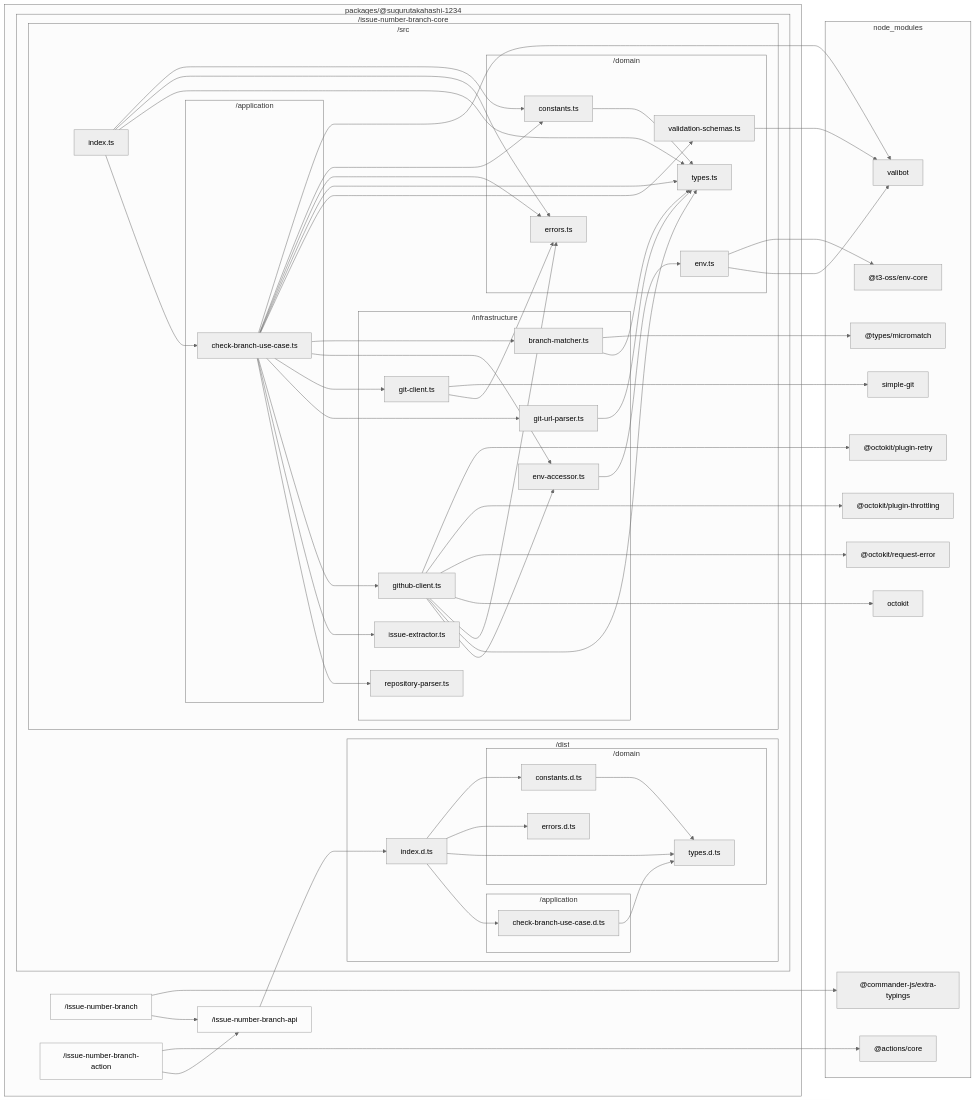
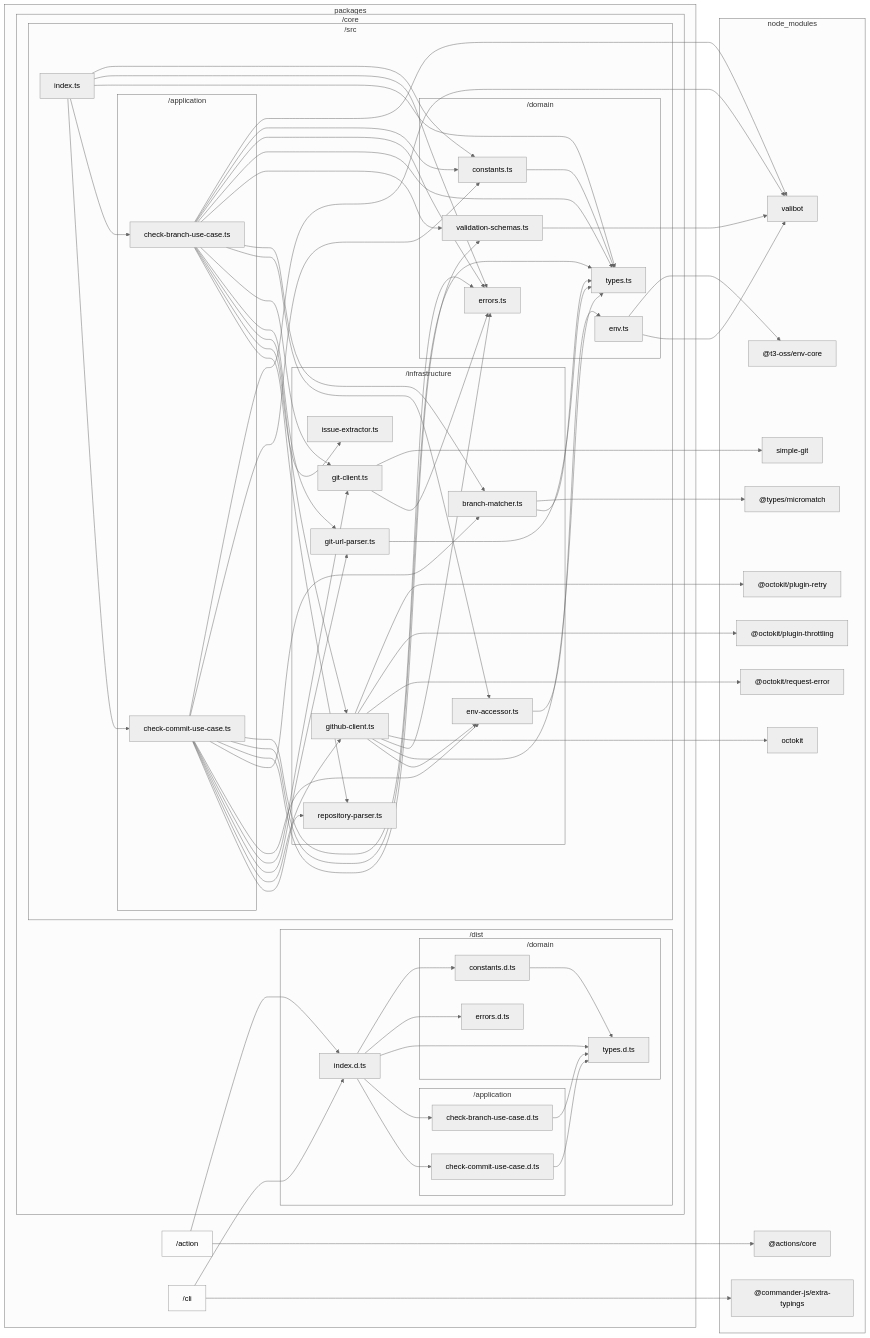
The diagram in docs/reports/dependencies/core-detail.md (sugurutakahashi-1234/issue-linker), drawn with Mermaid (neutral theme) before and after one commit. The commit also changed other lines of this file and 60 other files, not shown here.

````diff
--- a/docs/reports/dependencies/core-detail.md
+++ b/docs/reports/dependencies/core-detail.md
@@ -7,49 +7,50 @@
 ```mermaid
 flowchart LR
     classDef dir fill:#0000,stroke:#999
-    subgraph packages///sugurutakahashi//1234["packages/@sugurutakahashi-1234"]
-        packages///sugurutakahashi//1234/issue//number//branch//api["/issue-number-branch-api"]:::dir
-        packages///sugurutakahashi//1234/issue//number//branch["/issue-number-branch"]:::dir
-        packages///sugurutakahashi//1234/issue//number//branch//action["/issue-number-branch-action"]:::dir
-        subgraph packages///sugurutakahashi//1234/issue//number//branch//core["/issue-number-branch-core"]
-            subgraph packages///sugurutakahashi//1234/issue//number//branch//core/dist["/dist"]
-                packages///sugurutakahashi//1234/issue//number//branch//core/dist/index.d.ts["index.d.ts"]
-                subgraph packages///sugurutakahashi//1234/issue//number//branch//core/dist/domain["/domain"]
-                    packages///sugurutakahashi//1234/issue//number//branch//core/dist/domain/types.d.ts["types.d.ts"]
-                    packages///sugurutakahashi//1234/issue//number//branch//core/dist/domain/constants.d.ts["constants.d.ts"]
-                    packages///sugurutakahashi//1234/issue//number//branch//core/dist/domain/errors.d.ts["errors.d.ts"]
+    subgraph packages["packages"]
+        packages/action["/action"]:::dir
+        packages/cli["/cli"]:::dir
+        subgraph packages/core["/core"]
+            subgraph packages/core/dist["/dist"]
+                packages/core/dist/index.d.ts["index.d.ts"]
+                subgraph packages/core/dist/domain["/domain"]
+                    packages/core/dist/domain/types.d.ts["types.d.ts"]
+                    packages/core/dist/domain/constants.d.ts["constants.d.ts"]
+                    packages/core/dist/domain/errors.d.ts["errors.d.ts"]
                 end
-                subgraph packages///sugurutakahashi//1234/issue//number//branch//core/dist/application["/application"]
-                    packages///sugurutakahashi//1234/issue//number//branch//core/dist/application/check//branch//use//case.d.ts["check-branch-use-case.d.ts"]
+                subgraph packages/core/dist/application["/application"]
+                    packages/core/dist/application/check//branch//use//case.d.ts["check-branch-use-case.d.ts"]
+                    packages/core/dist/application/check//commit//use//case.d.ts["check-commit-use-case.d.ts"]
                 end
             end
-            subgraph packages///sugurutakahashi//1234/issue//number//branch//core/src["/src"]
-                packages///sugurutakahashi//1234/issue//number//branch//core/src/index.ts["index.ts"]
-                subgraph packages///sugurutakahashi//1234/issue//number//branch//core/src/domain["/domain"]
-                    packages///sugurutakahashi//1234/issue//number//branch//core/src/domain/types.ts["types.ts"]
-                    packages///sugurutakahashi//1234/issue//number//branch//core/src/domain/constants.ts["constants.ts"]
-                    packages///sugurutakahashi//1234/issue//number//branch//core/src/domain/errors.ts["errors.ts"]
-                    packages///sugurutakahashi//1234/issue//number//branch//core/src/domain/validation//schemas.ts["validation-schemas.ts"]
-                    packages///sugurutakahashi//1234/issue//number//branch//core/src/domain/env.ts["env.ts"]
+            subgraph packages/core/src["/src"]
+                packages/core/src/index.ts["index.ts"]
+                subgraph packages/core/src/domain["/domain"]
+                    packages/core/src/domain/types.ts["types.ts"]
+                    packages/core/src/domain/constants.ts["constants.ts"]
+                    packages/core/src/domain/errors.ts["errors.ts"]
+                    packages/core/src/domain/validation//schemas.ts["validation-schemas.ts"]
+                    packages/core/src/domain/env.ts["env.ts"]
                 end
-                subgraph packages///sugurutakahashi//1234/issue//number//branch//core/src/infrastructure["/infrastructure"]
-                    packages///sugurutakahashi//1234/issue//number//branch//core/src/infrastructure/branch//matcher.ts["branch-matcher.ts"]
-                    packages///sugurutakahashi//1234/issue//number//branch//core/src/infrastructure/env//accessor.ts["env-accessor.ts"]
-                    packages///sugurutakahashi//1234/issue//number//branch//core/src/infrastructure/git//client.ts["git-client.ts"]
-                    packages///sugurutakahashi//1234/issue//number//branch//core/src/infrastructure/git//url//parser.ts["git-url-parser.ts"]
-                    packages///sugurutakahashi//1234/issue//number//branch//core/src/infrastructure/github//client.ts["github-client.ts"]
-                    packages///sugurutakahashi//1234/issue//number//branch//core/src/infrastructure/issue//extractor.ts["issue-extractor.ts"]
-                    packages///sugurutakahashi//1234/issue//number//branch//core/src/infrastructure/repository//parser.ts["repository-parser.ts"]
+                subgraph packages/core/src/infrastructure["/infrastructure"]
+                    packages/core/src/infrastructure/branch//matcher.ts["branch-matcher.ts"]
+                    packages/core/src/infrastructure/env//accessor.ts["env-accessor.ts"]
+                    packages/core/src/infrastructure/git//client.ts["git-client.ts"]
+                    packages/core/src/infrastructure/git//url//parser.ts["git-url-parser.ts"]
+                    packages/core/src/infrastructure/github//client.ts["github-client.ts"]
+                    packages/core/src/infrastructure/issue//extractor.ts["issue-extractor.ts"]
+                    packages/core/src/infrastructure/repository//parser.ts["repository-parser.ts"]
                 end
-                subgraph packages///sugurutakahashi//1234/issue//number//branch//core/src/application["/application"]
-                    packages///sugurutakahashi//1234/issue//number//branch//core/src/application/check//branch//use//case.ts["check-branch-use-case.ts"]
+                subgraph packages/core/src/application["/application"]
+                    packages/core/src/application/check//branch//use//case.ts["check-branch-use-case.ts"]
+                    packages/core/src/application/check//commit//use//case.ts["check-commit-use-case.ts"]
                 end
             end
         end
     end
     subgraph node//modules["node_modules"]
+        node//modules///actions/core/lib/core.d.ts["@actions/core"]
         node//modules///commander//js/extra//typings/index.d.ts["@commander-js/extra-typings"]
-        node//modules///actions/core/lib/core.d.ts["@actions/core"]
         node//modules/valibot/dist/index.d.cts["valibot"]
         node//modules///types/micromatch/index.d.ts["@types/micromatch"]
         node//modules///t3//oss/env//core/dist/index.d.ts["@t3-oss/env-core"]
@@ -59,48 +60,61 @@
         node//modules///octokit/request//error/dist//types/index.d.ts["@octokit/request-error"]
         node//modules/octokit/dist//types/index.d.ts["octokit"]
     end
-    packages///sugurutakahashi//1234/issue//number//branch//core/dist/domain/constants.d.ts-->packages///sugurutakahashi//1234/issue//number//branch//core/dist/domain/types.d.ts
-    packages///sugurutakahashi//1234/issue//number//branch//core/dist/application/check//branch//use//case.d.ts-->packages///sugurutakahashi//1234/issue//number//branch//core/dist/domain/types.d.ts
-    packages///sugurutakahashi//1234/issue//number//branch//core/dist/index.d.ts-->packages///sugurutakahashi//1234/issue//number//branch//core/dist/domain/constants.d.ts
-    packages///sugurutakahashi//1234/issue//number//branch//core/dist/index.d.ts-->packages///sugurutakahashi//1234/issue//number//branch//core/dist/domain/errors.d.ts
-    packages///sugurutakahashi//1234/issue//number//branch//core/dist/index.d.ts-->packages///sugurutakahashi//1234/issue//number//branch//core/dist/domain/types.d.ts
-    packages///sugurutakahashi//1234/issue//number//branch//core/dist/index.d.ts-->packages///sugurutakahashi//1234/issue//number//branch//core/dist/application/check//branch//use//case.d.ts
-    packages///sugurutakahashi//1234/issue//number//branch//api-->packages///sugurutakahashi//1234/issue//number//branch//core/dist/index.d.ts
-    packages///sugurutakahashi//1234/issue//number//branch-->node//modules///commander//js/extra//typings/index.d.ts
-    packages///sugurutakahashi//1234/issue//number//branch-->packages///sugurutakahashi//1234/issue//number//branch//api
-    packages///sugurutakahashi//1234/issue//number//branch//action-->node//modules///actions/core/lib/core.d.ts
-    packages///sugurutakahashi//1234/issue//number//branch//action-->packages///sugurutakahashi//1234/issue//number//branch//api
-    packages///sugurutakahashi//1234/issue//number//branch//core/src/domain/constants.ts-->packages///sugurutakahashi//1234/issue//number//branch//core/src/domain/types.ts
-    packages///sugurutakahashi//1234/issue//number//branch//core/src/domain/validation//schemas.ts-->node//modules/valibot/dist/index.d.cts
-    packages///sugurutakahashi//1234/issue//number//branch//core/src/infrastructure/branch//matcher.ts-->node//modules///types/micromatch/index.d.ts
-    packages///sugurutakahashi//1234/issue//number//branch//core/src/infrastructure/branch//matcher.ts-->packages///sugurutakahashi//1234/issue//number//branch//core/src/domain/types.ts
-    packages///sugurutakahashi//1234/issue//number//branch//core/src/domain/env.ts-->node//modules///t3//oss/env//core/dist/index.d.ts
-    packages///sugurutakahashi//1234/issue//number//branch//core/src/domain/env.ts-->node//modules/valibot/dist/index.d.cts
-    packages///sugurutakahashi//1234/issue//number//branch//core/src/infrastructure/env//accessor.ts-->packages///sugurutakahashi//1234/issue//number//branch//core/src/domain/env.ts
-    packages///sugurutakahashi//1234/issue//number//branch//core/src/infrastructure/git//client.ts-->node//modules/simple//git/dist/typings/index.d.ts
-    packages///sugurutakahashi//1234/issue//number//branch//core/src/infrastructure/git//client.ts-->packages///sugurutakahashi//1234/issue//number//branch//core/src/domain/errors.ts
-    packages///sugurutakahashi//1234/issue//number//branch//core/src/infrastructure/git//url//parser.ts-->packages///sugurutakahashi//1234/issue//number//branch//core/src/domain/types.ts
-    packages///sugurutakahashi//1234/issue//number//branch//core/src/infrastructure/github//client.ts-->node//modules///octokit/plugin//retry/dist//types/index.d.ts
-    packages///sugurutakahashi//1234/issue//number//branch//core/src/infrastructure/github//client.ts-->node//modules///octokit/plugin//throttling/dist//types/index.d.ts
-    packages///sugurutakahashi//1234/issue//number//branch//core/src/infrastructure/github//client.ts-->node//modules///octokit/request//error/dist//types/index.d.ts
-    packages///sugurutakahashi//1234/issue//number//branch//core/src/infrastructure/github//client.ts-->node//modules/octokit/dist//types/index.d.ts
-    packages///sugurutakahashi//1234/issue//number//branch//core/src/infrastructure/github//client.ts-->packages///sugurutakahashi//1234/issue//number//branch//core/src/domain/errors.ts
-    packages///sugurutakahashi//1234/issue//number//branch//core/src/infrastructure/github//client.ts-->packages///sugurutakahashi//1234/issue//number//branch//core/src/domain/types.ts
-    packages///sugurutakahashi//1234/issue//number//branch//core/src/infrastructure/github//client.ts-->packages///sugurutakahashi//1234/issue//number//branch//core/src/infrastructure/env//accessor.ts
-    packages///sugurutakahashi//1234/issue//number//branch//core/src/application/check//branch//use//case.ts-->node//modules/valibot/dist/index.d.cts
-    packages///sugurutakahashi//1234/issue//number//branch//core/src/application/check//branch//use//case.ts-->packages///sugurutakahashi//1234/issue//number//branch//core/src/domain/constants.ts
-    packages///sugurutakahashi//1234/issue//number//branch//core/src/application/check//branch//use//case.ts-->packages///sugurutakahashi//1234/issue//number//branch//core/src/domain/errors.ts
-    packages///sugurutakahashi//1234/issue//number//branch//core/src/application/check//branch//use//case.ts-->packages///sugurutakahashi//1234/issue//number//branch//core/src/domain/types.ts
-    packages///sugurutakahashi//1234/issue//number//branch//core/src/application/check//branch//use//case.ts-->packages///sugurutakahashi//1234/issue//number//branch//core/src/domain/validation//schemas.ts
-    packages///sugurutakahashi//1234/issue//number//branch//core/src/application/check//branch//use//case.ts-->packages///sugurutakahashi//1234/issue//number//branch//core/src/infrastructure/branch//matcher.ts
-    packages///sugurutakahashi//1234/issue//number//branch//core/src/application/check//branch//use//case.ts-->packages///sugurutakahashi//1234/issue//number//branch//core/src/infrastructure/env//accessor.ts
-    packages///sugurutakahashi//1234/issue//number//branch//core/src/application/check//branch//use//case.ts-->packages///sugurutakahashi//1234/issue//number//branch//core/src/infrastructure/git//client.ts
-    packages///sugurutakahashi//1234/issue//number//branch//core/src/application/check//branch//use//case.ts-->packages///sugurutakahashi//1234/issue//number//branch//core/src/infrastructure/git//url//parser.ts
-    packages///sugurutakahashi//1234/issue//number//branch//core/src/application/check//branch//use//case.ts-->packages///sugurutakahashi//1234/issue//number//branch//core/src/infrastructure/github//client.ts
-    packages///sugurutakahashi//1234/issue//number//branch//core/src/application/check//branch//use//case.ts-->packages///sugurutakahashi//1234/issue//number//branch//core/src/infrastructure/issue//extractor.ts
-    packages///sugurutakahashi//1234/issue//number//branch//core/src/application/check//branch//use//case.ts-->packages///sugurutakahashi//1234/issue//number//branch//core/src/infrastructure/repository//parser.ts
-    packages///sugurutakahashi//1234/issue//number//branch//core/src/index.ts-->packages///sugurutakahashi//1234/issue//number//branch//core/src/domain/constants.ts
-    packages///sugurutakahashi//1234/issue//number//branch//core/src/index.ts-->packages///sugurutakahashi//1234/issue//number//branch//core/src/domain/errors.ts
-    packages///sugurutakahashi//1234/issue//number//branch//core/src/index.ts-->packages///sugurutakahashi//1234/issue//number//branch//core/src/domain/types.ts
-    packages///sugurutakahashi//1234/issue//number//branch//core/src/index.ts-->packages///sugurutakahashi//1234/issue//number//branch//core/src/application/check//branch//use//case.ts
+    packages/core/dist/domain/constants.d.ts-->packages/core/dist/domain/types.d.ts
+    packages/core/dist/application/check//branch//use//case.d.ts-->packages/core/dist/domain/types.d.ts
+    packages/core/dist/application/check//commit//use//case.d.ts-->packages/core/dist/domain/types.d.ts
+    packages/core/dist/index.d.ts-->packages/core/dist/domain/constants.d.ts
+    packages/core/dist/index.d.ts-->packages/core/dist/domain/errors.d.ts
+    packages/core/dist/index.d.ts-->packages/core/dist/domain/types.d.ts
+    packages/core/dist/index.d.ts-->packages/core/dist/application/check//branch//use//case.d.ts
+    packages/core/dist/index.d.ts-->packages/core/dist/application/check//commit//use//case.d.ts
+    packages/action-->node//modules///actions/core/lib/core.d.ts
+    packages/action-->packages/core/dist/index.d.ts
+    packages/cli-->node//modules///commander//js/extra//typings/index.d.ts
+    packages/cli-->packages/core/dist/index.d.ts
+    packages/core/src/domain/constants.ts-->packages/core/src/domain/types.ts
+    packages/core/src/domain/validation//schemas.ts-->node//modules/valibot/dist/index.d.cts
+    packages/core/src/infrastructure/branch//matcher.ts-->node//modules///types/micromatch/index.d.ts
+    packages/core/src/infrastructure/branch//matcher.ts-->packages/core/src/domain/types.ts
+    packages/core/src/domain/env.ts-->node//modules///t3//oss/env//core/dist/index.d.ts
+    packages/core/src/domain/env.ts-->node//modules/valibot/dist/index.d.cts
+    packages/core/src/infrastructure/env//accessor.ts-->packages/core/src/domain/env.ts
+    packages/core/src/infrastructure/git//client.ts-->node//modules/simple//git/dist/typings/index.d.ts
+    packages/core/src/infrastructure/git//client.ts-->packages/core/src/domain/errors.ts
+    packages/core/src/infrastructure/git//url//parser.ts-->packages/core/src/domain/types.ts
+    packages/core/src/infrastructure/github//client.ts-->node//modules///octokit/plugin//retry/dist//types/index.d.ts
+    packages/core/src/infrastructure/github//client.ts-->node//modules///octokit/plugin//throttling/dist//types/index.d.ts
+    packages/core/src/infrastructure/github//client.ts-->node//modules///octokit/request//error/dist//types/index.d.ts
+    packages/core/src/infrastructure/github//client.ts-->node//modules/octokit/dist//types/index.d.ts
+    packages/core/src/infrastructure/github//client.ts-->packages/core/src/domain/errors.ts
+    packages/core/src/infrastructure/github//client.ts-->packages/core/src/domain/types.ts
+    packages/core/src/infrastructure/github//client.ts-->packages/core/src/infrastructure/env//accessor.ts
+    packages/core/src/application/check//branch//use//case.ts-->node//modules/valibot/dist/index.d.cts
+    packages/core/src/application/check//branch//use//case.ts-->packages/core/src/domain/constants.ts
+    packages/core/src/application/check//branch//use//case.ts-->packages/core/src/domain/errors.ts
+    packages/core/src/application/check//branch//use//case.ts-->packages/core/src/domain/types.ts
+    packages/core/src/application/check//branch//use//case.ts-->packages/core/src/domain/validation//schemas.ts
+    packages/core/src/application/check//branch//use//case.ts-->packages/core/src/infrastructure/branch//matcher.ts
+    packages/core/src/application/check//branch//use//case.ts-->packages/core/src/infrastructure/env//accessor.ts
+    packages/core/src/application/check//branch//use//case.ts-->packages/core/src/infrastructure/git//client.ts
+    packages/core/src/application/check//branch//use//case.ts-->packages/core/src/infrastructure/git//url//parser.ts
+    packages/core/src/application/check//branch//use//case.ts-->packages/core/src/infrastructure/github//client.ts
+    packages/core/src/application/check//branch//use//case.ts-->packages/core/src/infrastructure/issue//extractor.ts
+    packages/core/src/application/check//branch//use//case.ts-->packages/core/src/infrastructure/repository//parser.ts
+    packages/core/src/application/check//commit//use//case.ts-->node//modules/valibot/dist/index.d.cts
+    packages/core/src/application/check//commit//use//case.ts-->packages/core/src/domain/constants.ts
+    packages/core/src/application/check//commit//use//case.ts-->packages/core/src/domain/errors.ts
+    packages/core/src/application/check//commit//use//case.ts-->packages/core/src/domain/types.ts
+    packages/core/src/application/check//commit//use//case.ts-->packages/core/src/domain/validation//schemas.ts
+    packages/core/src/application/check//commit//use//case.ts-->packages/core/src/infrastructure/branch//matcher.ts
+    packages/core/src/application/check//commit//use//case.ts-->packages/core/src/infrastructure/env//accessor.ts
+    packages/core/src/application/check//commit//use//case.ts-->packages/core/src/infrastructure/git//client.ts
+    packages/core/src/application/check//commit//use//case.ts-->packages/core/src/infrastructure/git//url//parser.ts
+    packages/core/src/application/check//commit//use//case.ts-->packages/core/src/infrastructure/github//client.ts
+    packages/core/src/application/check//commit//use//case.ts-->packages/core/src/infrastructure/repository//parser.ts
+    packages/core/src/index.ts-->packages/core/src/domain/constants.ts
+    packages/core/src/index.ts-->packages/core/src/domain/errors.ts
+    packages/core/src/index.ts-->packages/core/src/domain/types.ts
+    packages/core/src/index.ts-->packages/core/src/application/check//branch//use//case.ts
+    packages/core/src/index.ts-->packages/core/src/application/check//commit//use//case.ts
 ```
````
